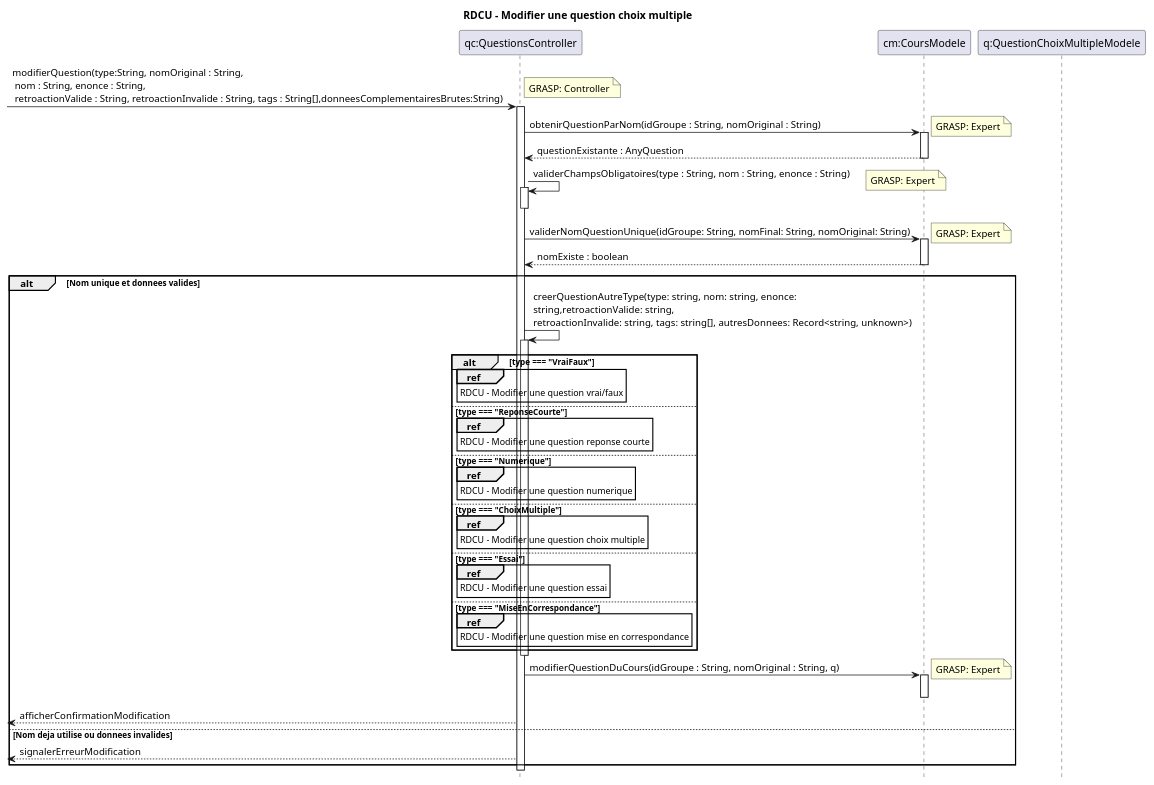
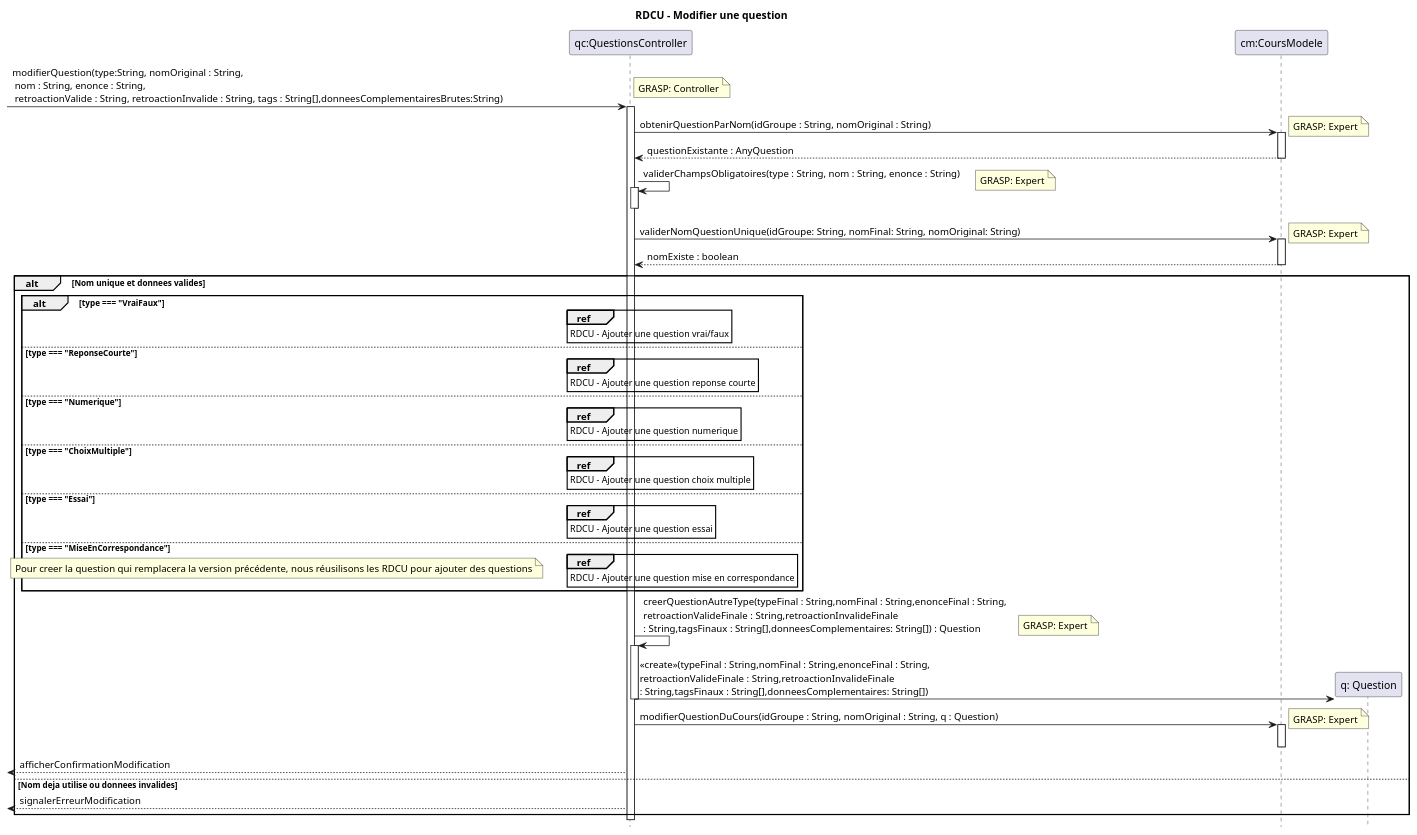
One commit to xMrYahya/moodle-clone changed the diagram in docs/modeles/cu02/rdcu-modifier-questions-v2.puml. Above: the diagram before and after it, drawn with PlantUML. The commit also changed 26 other files, not shown here.

Commit message:
Fix des diagrams ajout et modifier

```diff
--- a/docs/modeles/cu02/rdcu-modifier-questions-v2.puml
+++ b/docs/modeles/cu02/rdcu-modifier-questions-v2.puml
@@ -1,57 +1,61 @@
 @startuml
 hide footbox
-title RDCU - Modifier une question choix multiple
+title RDCU - Modifier une question
 
 participant "qc:QuestionsController" as QC
 participant "cm:CoursModele" as CM
-participant "q:QuestionChoixMultipleModele" as Q
+participant "q: Question" as q
 
 -> QC : modifierQuestion(type:String, nomOriginal : String,\n nom : String, enonce : String,\n retroactionValide : String, retroactionInvalide : String, tags : String[],donneesComplementairesBrutes:String)
 note right: GRASP: Controller
 activate QC
 
 QC -> CM : obtenirQuestionParNom(idGroupe : String, nomOriginal : String)
 note right: GRASP: Expert
 activate CM
 CM --> QC : questionExistante : AnyQuestion
 deactivate CM
 
 QC -> QC ++: validerChampsObligatoires(type : String, nom : String, enonce : String)
 note right: GRASP: Expert
 deactivate QC
 
 QC -> CM : validerNomQuestionUnique(idGroupe: String, nomFinal: String, nomOriginal: String)
 note right: GRASP: Expert
 activate CM
 CM --> QC : nomExiste : boolean
 deactivate CM
 
 alt Nom unique et donnees valides
-  QC -> QC ++: creerQuestionAutreType(type: string, nom: string, enonce: \nstring,retroactionValide: string, \nretroactionInvalide: string, tags: string[], autresDonnees: Record<string, unknown>)
+
   alt type === "VraiFaux"
-    ref over QC:   RDCU - Modifier une question vrai/faux
+    ref over QC:   RDCU - Ajouter une question vrai/faux
     else type === "ReponseCourte"
-    ref over QC:   RDCU - Modifier une question reponse courte
+    ref over QC:   RDCU - Ajouter une question reponse courte
     else type === "Numerique"
-    ref over QC:   RDCU - Modifier une question numerique
+    ref over QC:   RDCU - Ajouter une question numerique
     else type === "ChoixMultiple"
-    ref over QC:   RDCU - Modifier une question choix multiple
+    ref over QC:   RDCU - Ajouter une question choix multiple
     else type === "Essai"
-    ref over QC:   RDCU - Modifier une question essai
+    ref over QC:   RDCU - Ajouter une question essai
     else type === "MiseEnCorrespondance"
-    ref over QC:   RDCU - Modifier une question mise en correspondance
+    ref over QC:   RDCU - Ajouter une question mise en correspondance
+    note left: Pour creer la question qui remplacera la version précédente, nous réusilisons les RDCU pour ajouter des questions
+  end alt;
+  QC -> QC ++: creerQuestionAutreType(typeFinal : String,nomFinal : String,enonceFinal : String,\nretroactionValideFinale : String,retroactionInvalideFinale \n: String,tagsFinaux : String[],donneesComplementaires: String[]) : Question
+  note right: GRASP: Expert
+  QC -> q **: <<create>>(typeFinal : String,nomFinal : String,enonceFinal : String,\nretroactionValideFinale : String,retroactionInvalideFinale \n: String,tagsFinaux : String[],donneesComplementaires: String[])
 
-  end alt;
-    deactivate QC
-  QC -> CM : modifierQuestionDuCours(idGroupe : String, nomOriginal : String, q)
+  deactivate QC
+  QC -> CM : modifierQuestionDuCours(idGroupe : String, nomOriginal : String, q : Question)
   note right: GRASP: Expert
   activate CM
   deactivate CM
 
   <-- QC : afficherConfirmationModification
 else Nom deja utilise ou donnees invalides
   <-- QC : signalerErreurModification
 end
 
 deactivate QC
 @enduml
```
